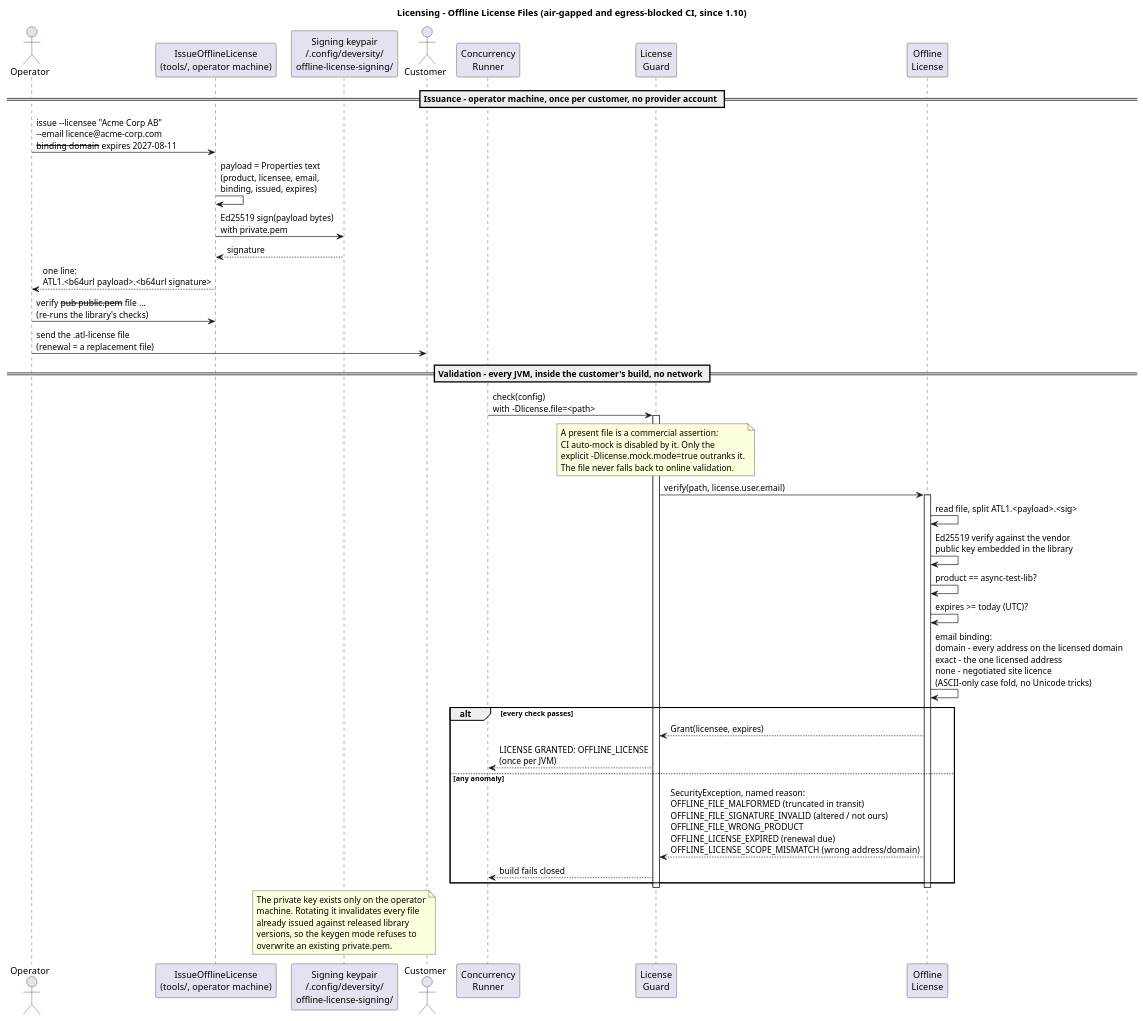
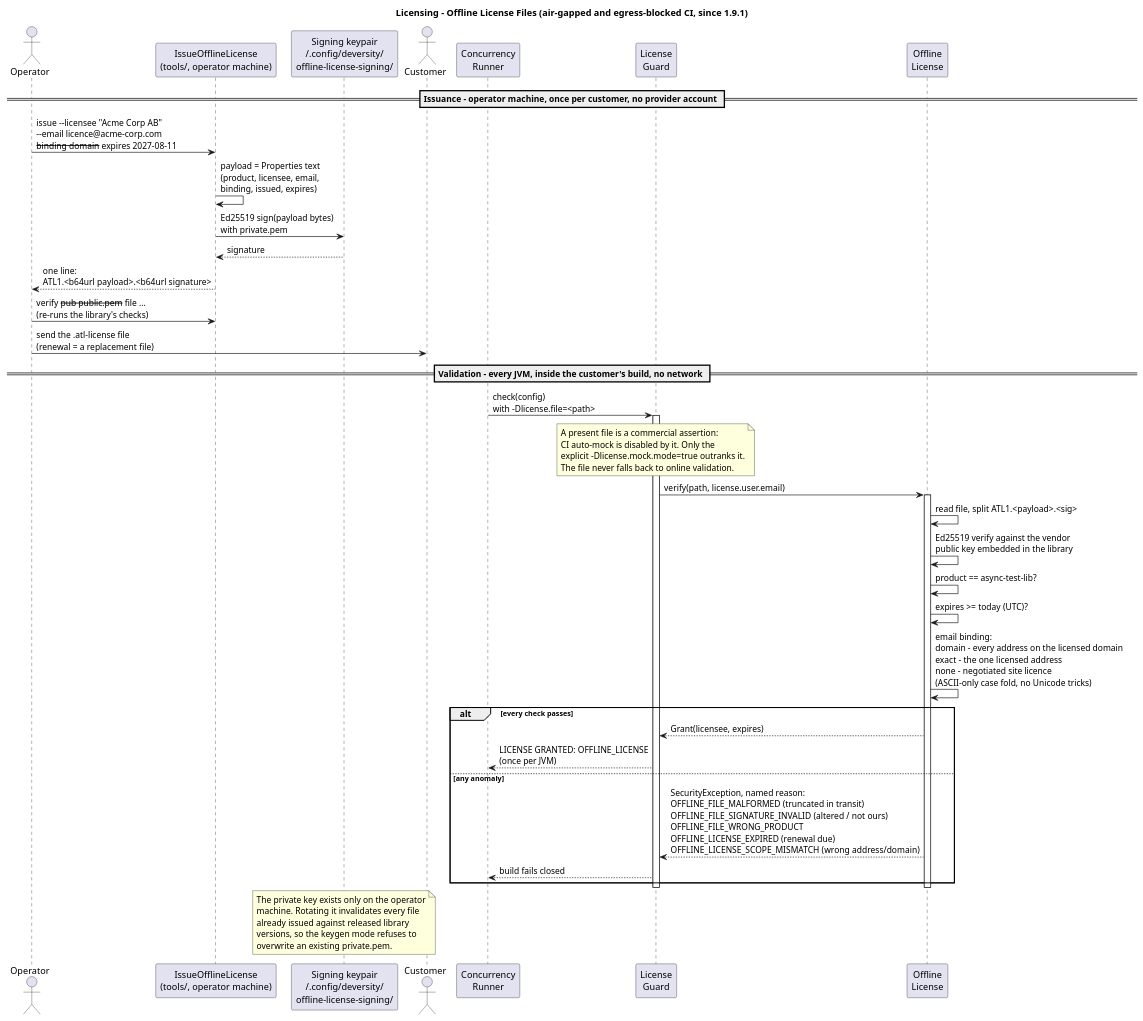
One commit to PIsberg/async-test-lib changed the diagram in docs/diagrams/license-offline-sequence.puml. Above: the diagram before and after it, drawn with PlantUML. The commit also changed 295 other files, not shown here.

```diff
--- a/docs/diagrams/license-offline-sequence.puml
+++ b/docs/diagrams/license-offline-sequence.puml
@@ -1,57 +1,57 @@
 @startuml LicenseOfflineSequence
-title Licensing - Offline License Files (air-gapped and egress-blocked CI, since 1.10)
+title Licensing - Offline License Files (air-gapped and egress-blocked CI, since 1.9.1)
 
 actor "Operator" as Op
 participant "IssueOfflineLicense\n(tools/, operator machine)" as Tool
 participant "Signing keypair\n~/.config/deversity/\noffline-license-signing/" as Keys
 actor "Customer" as Cust
 participant "Concurrency\nRunner" as Runner
 participant "License\nGuard" as Guard
 participant "Offline\nLicense" as Off
 
 == Issuance - operator machine, once per customer, no provider account ==
 
 Op -> Tool : issue --licensee "Acme Corp AB"\n--email licence@acme-corp.com\n--binding domain --expires 2027-08-11
 Tool -> Tool : payload = Properties text\n(product, licensee, email,\nbinding, issued, expires)
 Tool -> Keys : Ed25519 sign(payload bytes)\nwith private.pem
 Keys --> Tool : signature
 Tool --> Op : one line:\nATL1.<b64url payload>.<b64url signature>
 Op -> Tool : verify --pub public.pem --file ...\n(re-runs the library's checks)
 Op -> Cust : send the .atl-license file\n(renewal = a replacement file)
 
 == Validation - every JVM, inside the customer's build, no network ==
 
 Runner -> Guard : check(config)\nwith -Dlicense.file=<path>
 activate Guard
 note over Guard
   A present file is a commercial assertion:
   CI auto-mock is disabled by it. Only the
   explicit -Dlicense.mock.mode=true outranks it.
   The file never falls back to online validation.
 end note
 Guard -> Off : verify(path, license.user.email)
 activate Off
 Off -> Off : read file, split ATL1.<payload>.<sig>
 Off -> Off : Ed25519 verify against the vendor\npublic key embedded in the library
 Off -> Off : product == async-test-lib?
 Off -> Off : expires >= today (UTC)?
 Off -> Off : email binding:\ndomain - every address on the licensed domain\nexact - the one licensed address\nnone - negotiated site licence\n(ASCII-only case fold, no Unicode tricks)
 
 alt every check passes
   Off --> Guard : Grant(licensee, expires)
   Guard --> Runner : LICENSE GRANTED: OFFLINE_LICENSE\n(once per JVM)
 else any anomaly
   Off --> Guard : SecurityException, named reason:\nOFFLINE_FILE_MALFORMED (truncated in transit)\nOFFLINE_FILE_SIGNATURE_INVALID (altered / not ours)\nOFFLINE_FILE_WRONG_PRODUCT\nOFFLINE_LICENSE_EXPIRED (renewal due)\nOFFLINE_LICENSE_SCOPE_MISMATCH (wrong address/domain)
   Guard --> Runner : build fails closed
 end
 deactivate Off
 deactivate Guard
 
 note over Keys
   The private key exists only on the operator
   machine. Rotating it invalidates every file
   already issued against released library
   versions, so the keygen mode refuses to
   overwrite an existing private.pem.
 end note
 @enduml
```
